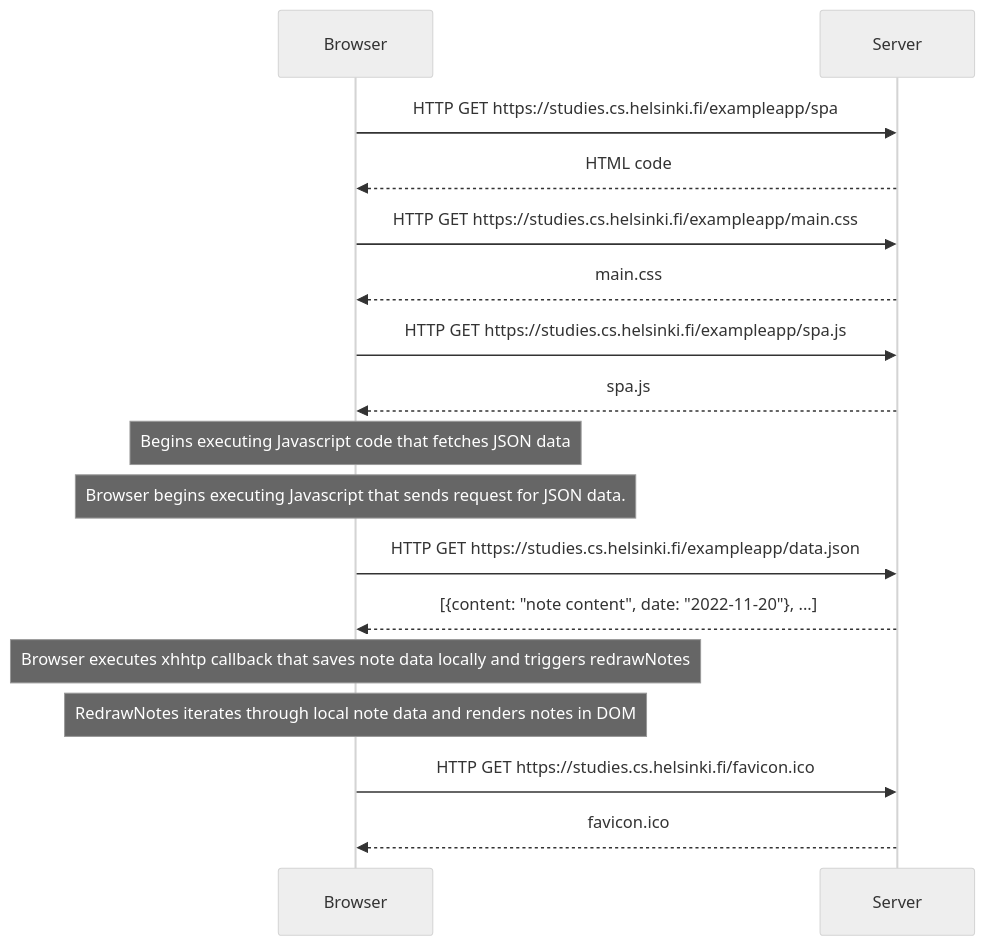
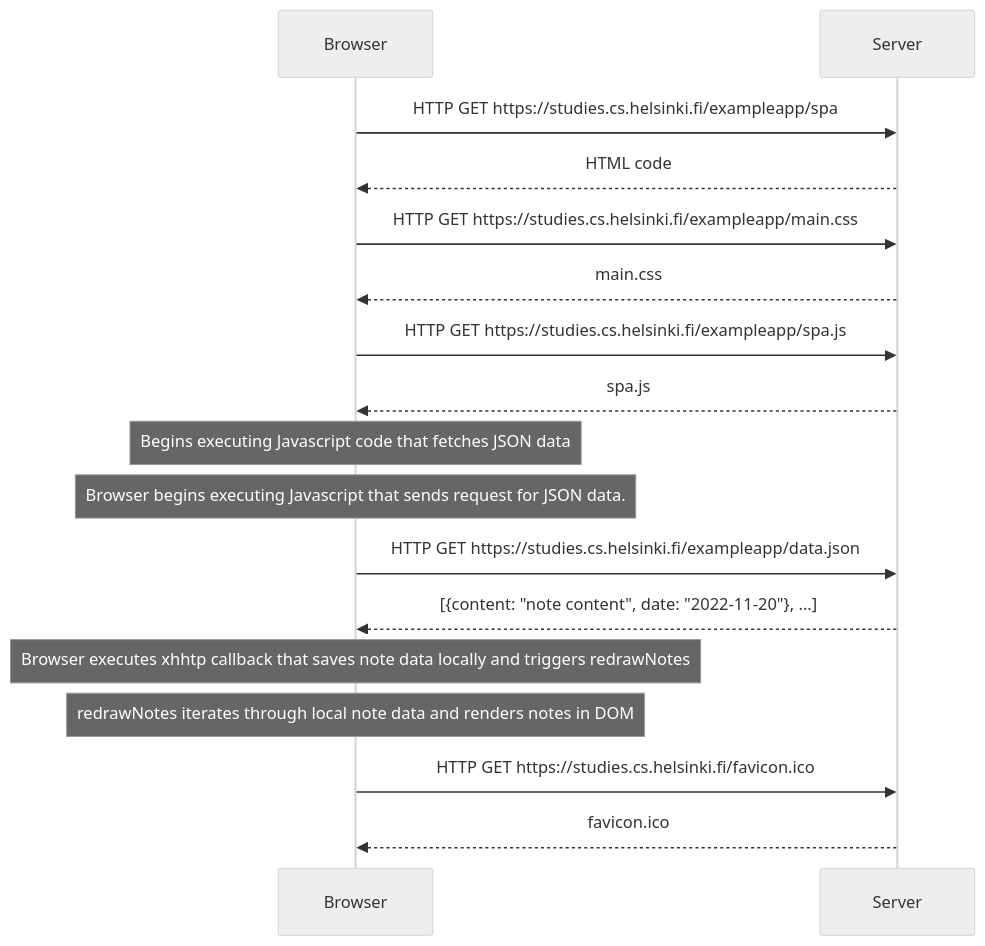
The diagram in part0/0.5.md (katelyngrimoldby/full-stack-open), drawn with Mermaid (neutral theme) before and after one commit.

Commit message:
Fix function typo

````diff
--- a/part0/0.5.md
+++ b/part0/0.5.md
@@ -3,17 +3,17 @@
 ```mermaid
 sequenceDiagram
 Browser->>Server: HTTP GET https://studies.cs.helsinki.fi/exampleapp/spa
 Server-->>Browser: HTML code
 Browser->>Server: HTTP GET https://studies.cs.helsinki.fi/exampleapp/main.css
 Server-->>Browser: main.css
 Browser->>Server: HTTP GET https://studies.cs.helsinki.fi/exampleapp/spa.js
 Server-->>Browser: spa.js
 Note over Browser: Begins executing Javascript code that fetches JSON data
 Note over Browser: Browser begins executing Javascript that sends request for JSON data.
 Browser->>Server: HTTP GET https://studies.cs.helsinki.fi/exampleapp/data.json
 Server-->>Browser: [{content: "note content", date: "2022-11-20"}, ...]
 Note over Browser: Browser executes xhhtp callback that saves note data locally and triggers redrawNotes
-Note over Browser: RedrawNotes iterates through local note data and renders notes in DOM
+Note over Browser: redrawNotes iterates through local note data and renders notes in DOM
 Browser->>Server: HTTP GET https://studies.cs.helsinki.fi/favicon.ico
 Server-->>Browser: favicon.ico
 ```
````
